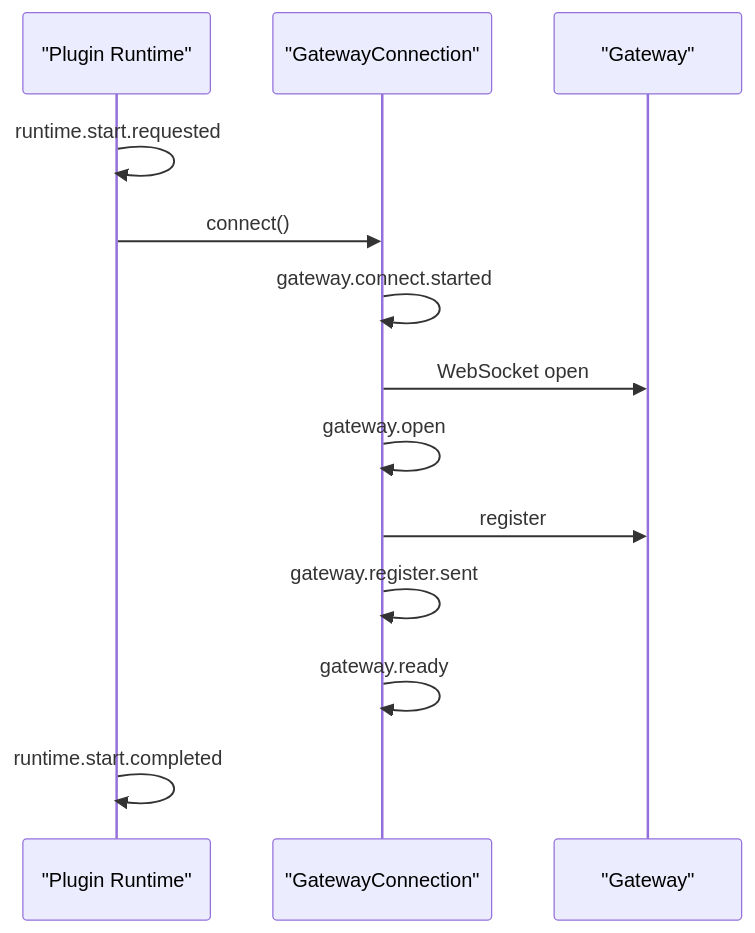
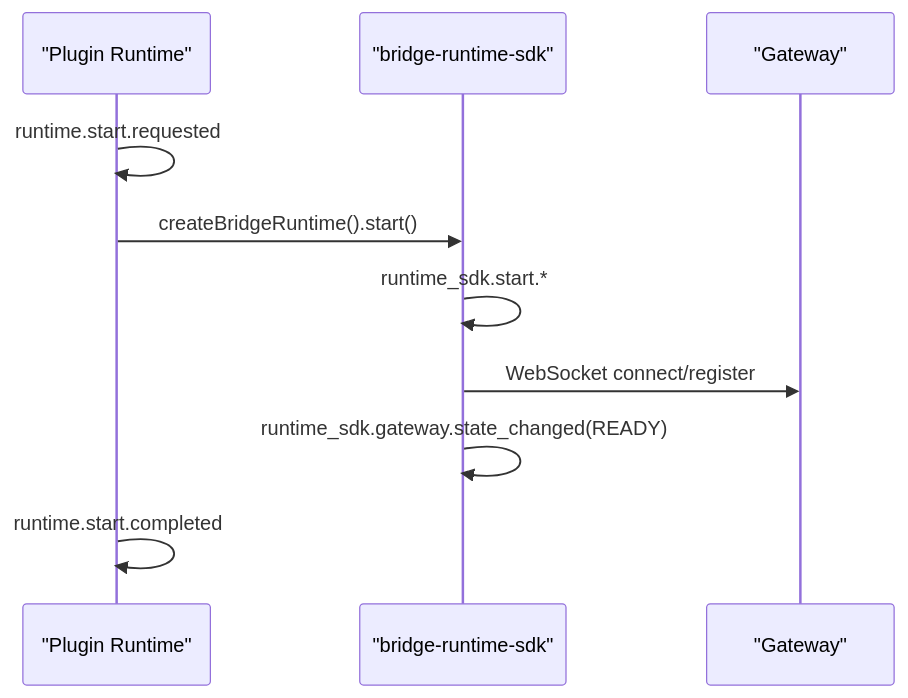
One commit to yuzhangCZ/agent-plugin changed the first of 4 diagrams in plugins/message-bridge/docs/operations/logging-reference.md. Above: the diagram before and after it, drawn with Mermaid. The commit also changed other lines of this file and 7 other files, not shown here.

Commit message:
docs: document sdk runtime cutover

````diff
--- a/plugins/message-bridge/docs/operations/logging-reference.md
+++ b/plugins/message-bridge/docs/operations/logging-reference.md
@@ -80,16 +80,13 @@
 ```mermaid
 sequenceDiagram
   participant P as "Plugin Runtime"
-  participant G as "GatewayConnection"
+  participant S as "bridge-runtime-sdk"
   participant GW as "Gateway"
 
   P->>P: runtime.start.requested
-  P->>G: connect()
-  G->>G: gateway.connect.started
-  G->>GW: WebSocket open
-  G->>G: gateway.open
-  G->>GW: register
-  G->>G: gateway.register.sent
-  G->>G: gateway.ready
+  P->>S: createBridgeRuntime().start()
+  S->>S: runtime_sdk.start.*
+  S->>GW: WebSocket connect/register
+  S->>S: runtime_sdk.gateway.state_changed(READY)
   P->>P: runtime.start.completed
 ```
````
